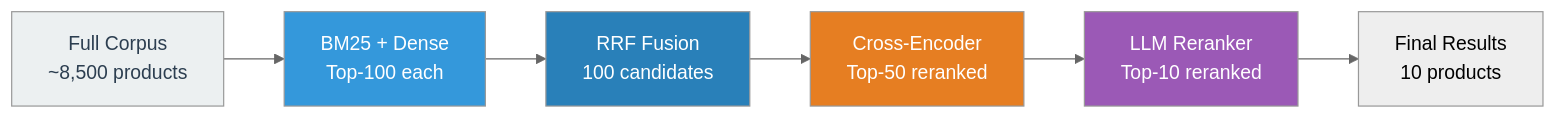
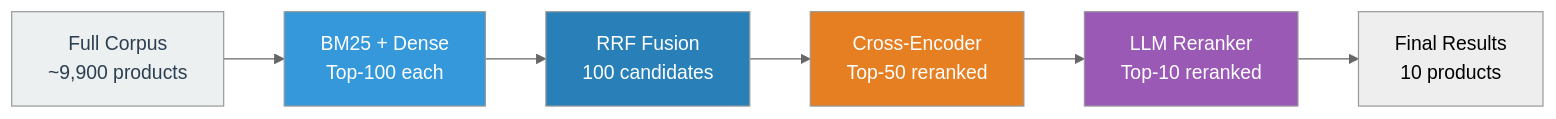
The second of 2 diagrams in docs/overview.md (slavadubrov/search-ranking-stack), drawn with Mermaid (neutral theme) before and after one commit. The commit also changed other lines of this file and 21 other files, not shown here.

````diff
--- a/docs/overview.md
+++ b/docs/overview.md
@@ -38,14 +38,14 @@
 ```mermaid
 flowchart LR
-    Corpus["Full Corpus<br/>~8,500 products"] --> S1["BM25 + Dense<br/>Top-100 each"]
+    Corpus["Full Corpus<br/>~9,900 products"] --> S1["BM25 + Dense<br/>Top-100 each"]
     S1 --> S1c["RRF Fusion<br/>100 candidates"]
     S1c --> S2["Cross-Encoder<br/>Top-50 reranked"]
     S2 --> S3["LLM Reranker<br/>Top-10 reranked"]
     S3 --> Final["Final Results<br/>10 products"]
 
     style Corpus fill:#ecf0f1,color:#2c3e50
     style S1 fill:#3498db,color:white
     style S1c fill:#2980b9,color:white
     style S2 fill:#e67e22,color:white
     style S3 fill:#9b59b6,color:white
 ```
````
